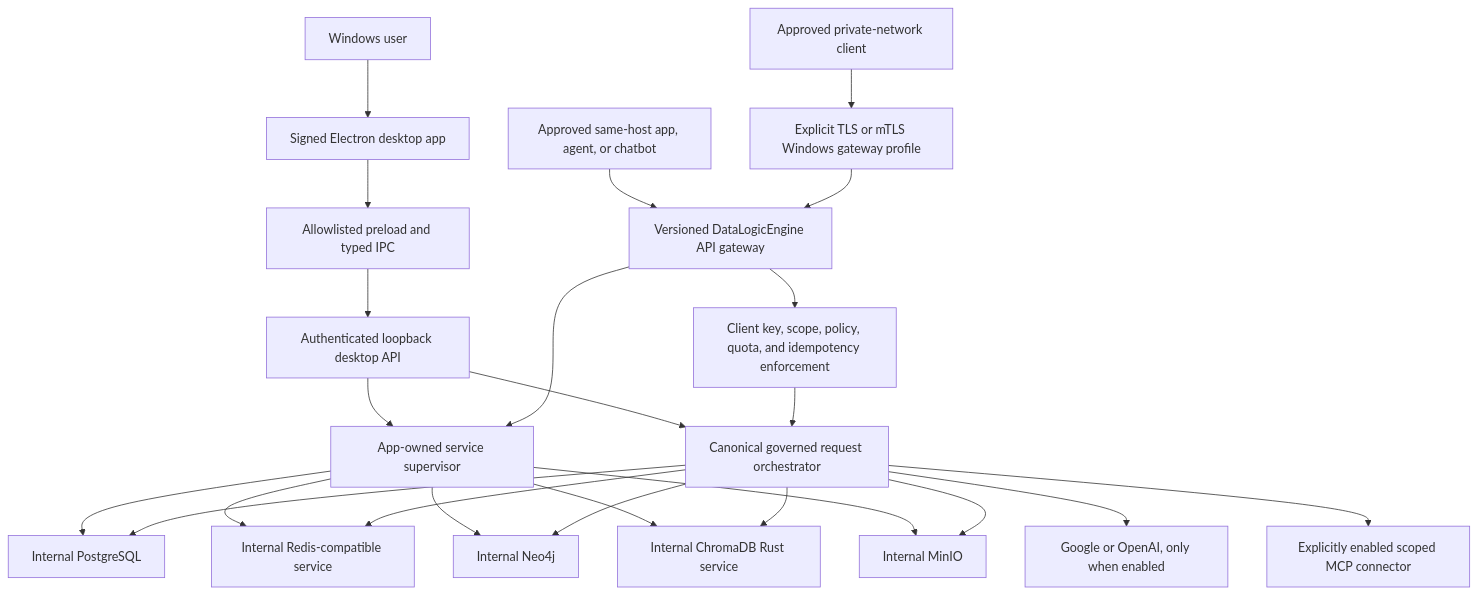
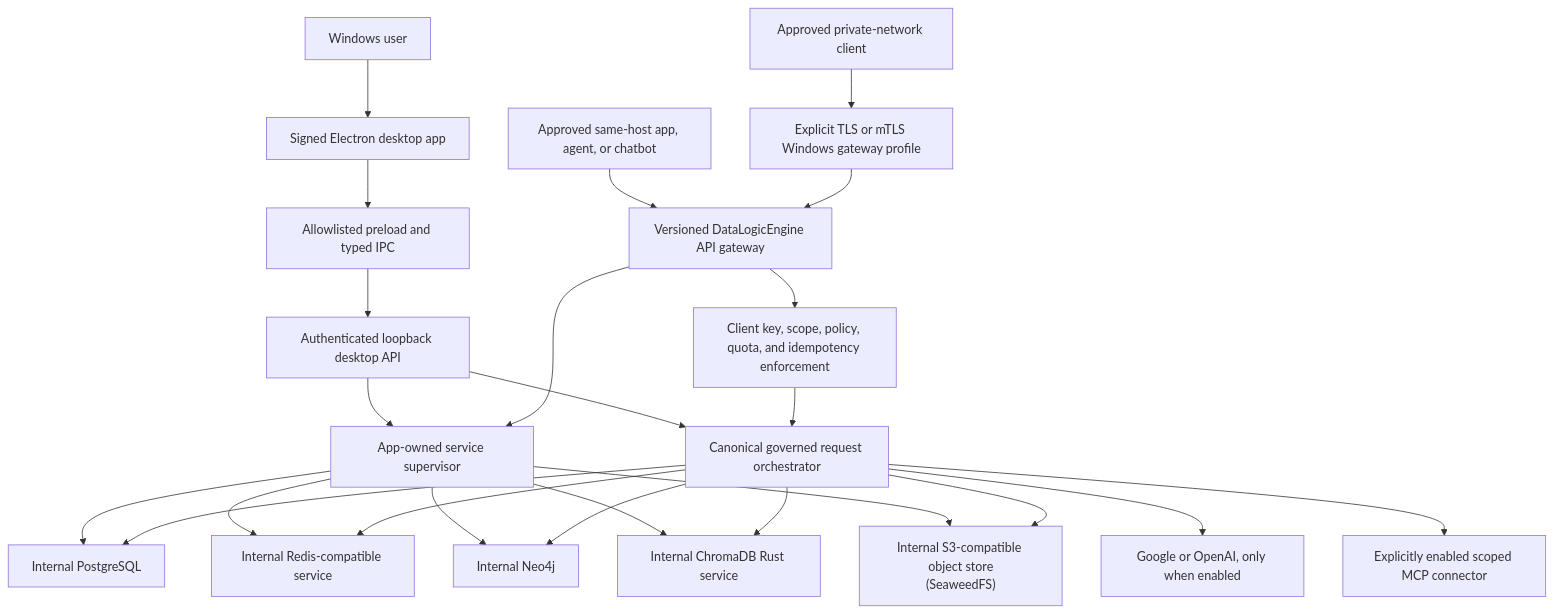
Before and after one commit to kherrera6219/DataLogicEngine: the diagram in PRODUCTION_COMPLETION_PLAN_2026.md, drawn with Mermaid. The commit also changed other lines of this file and 81 other files, not shown here.

Commit message:
feat: select qualified SeaweedFS object store

````diff
--- a/PRODUCTION_COMPLETION_PLAN_2026.md
+++ b/PRODUCTION_COMPLETION_PLAN_2026.md
@@ -456,30 +457,30 @@
 ```mermaid
 flowchart TD
     User["Windows user"] --> Electron["Signed Electron desktop app"]
     Electron --> Preload["Allowlisted preload and typed IPC"]
     Preload --> DesktopAPI["Authenticated loopback desktop API"]
 
     LocalClient["Approved same-host app, agent, or chatbot"] --> Gateway["Versioned DataLogicEngine API gateway"]
     PrivateClient["Approved private-network client"] --> PrivateListener["Explicit TLS or mTLS Windows gateway profile"]
     PrivateListener --> Gateway
     Gateway --> ClientPolicy["Client key, scope, policy, quota, and idempotency enforcement"]
 
     DesktopAPI --> Orchestrator["Canonical governed request orchestrator"]
     ClientPolicy --> Orchestrator
     DesktopAPI --> Services["App-owned service supervisor"]
     Gateway --> Services
 
     Services --> PG["Internal PostgreSQL"]
     Services --> Redis["Internal Redis-compatible service"]
     Services --> Neo4j["Internal Neo4j"]
     Services --> Chroma["Internal ChromaDB Rust service"]
-    Services --> MinIO["Internal MinIO"]
+    Services --> ObjectStore["Internal S3-compatible object store<br/>(SeaweedFS)"]
 
     Orchestrator --> PG
     Orchestrator --> Redis
     Orchestrator --> Neo4j
     Orchestrator --> Chroma
-    Orchestrator --> MinIO
+    Orchestrator --> ObjectStore
     Orchestrator --> Provider["Google or OpenAI, only when enabled"]
     Orchestrator --> MCP["Explicitly enabled scoped MCP connector"]
 ```
````
